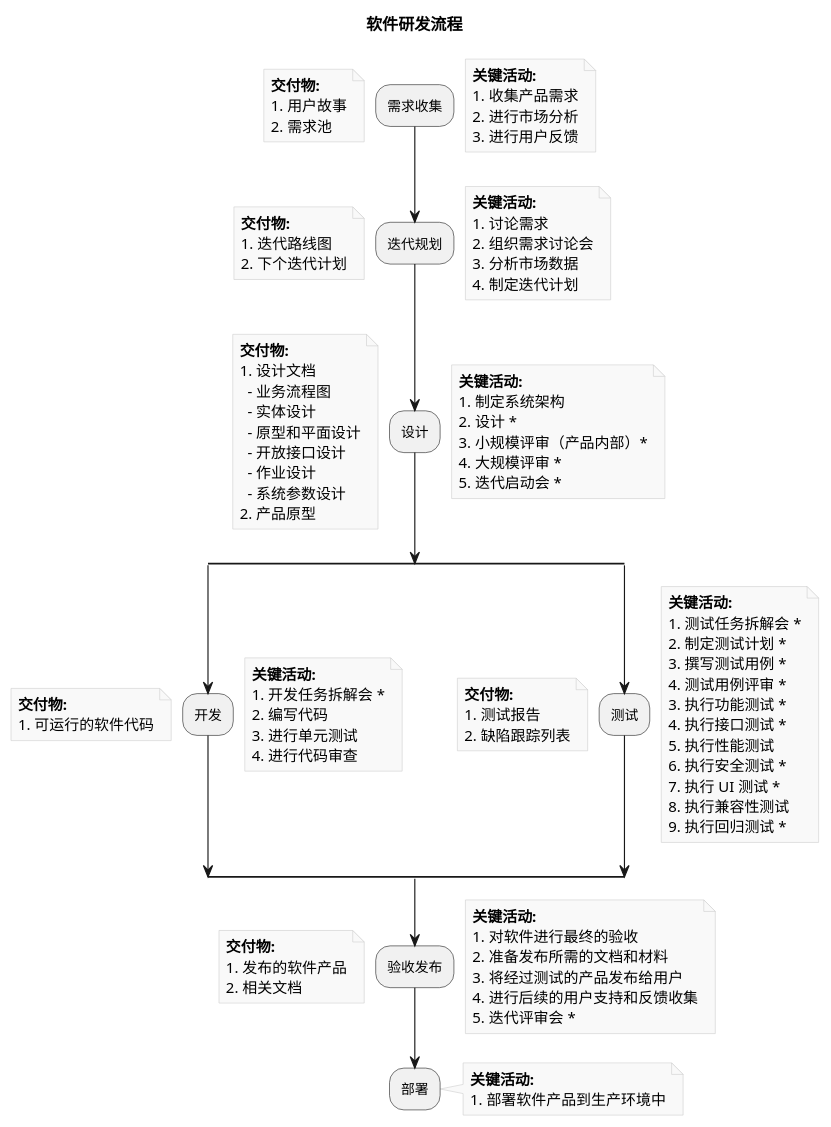
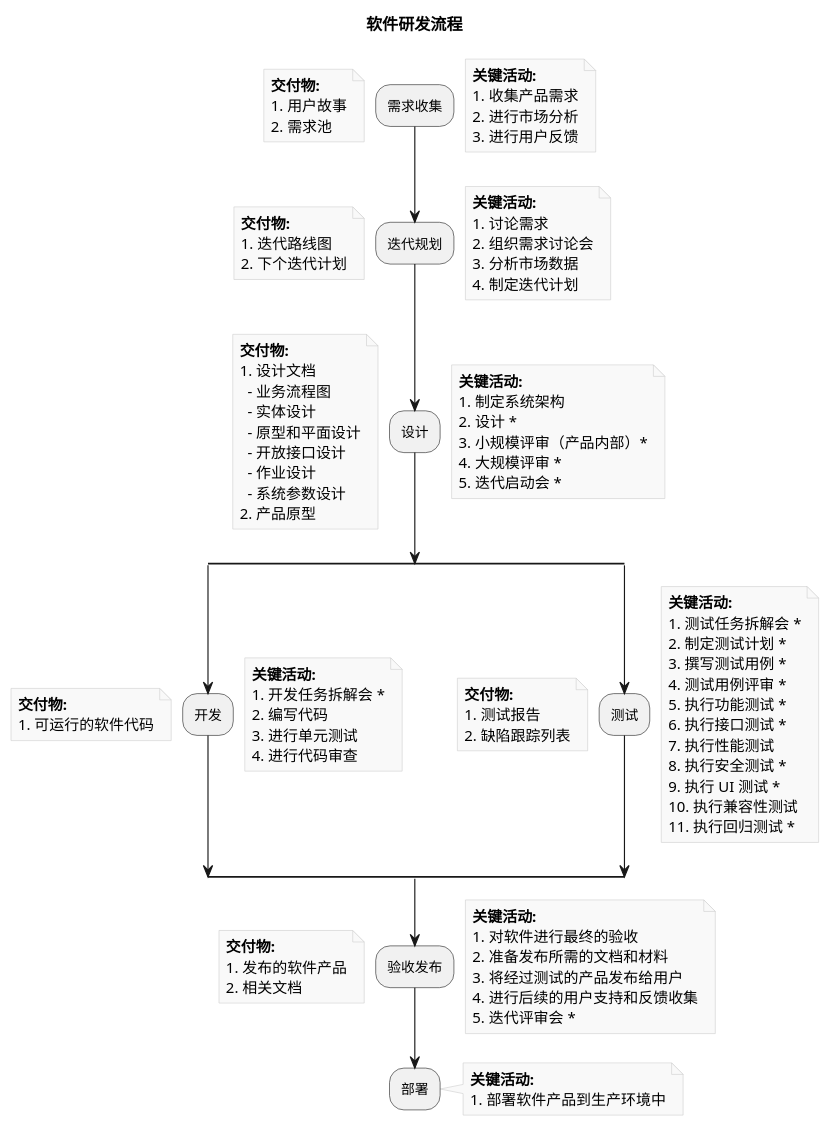
One commit to nesnilnehc/nesnilnehc.github.io changed the diagram in _posts/tech/2025-01-26-using-plantuml-mermaid-flowchart-and-graphviz.md. Above: the diagram before and after it, drawn with PlantUML. The commit also changed other lines of this file, not shown here.

First line of the commit message:
docs(tech): clarify diagram tool selection guide

```diff
--- a/_posts/tech/2025-01-26-using-plantuml-mermaid-flowchart-and-graphviz.md
+++ b/_posts/tech/2025-01-26-using-plantuml-mermaid-flowchart-and-graphviz.md
@@ -128,13 +265,13 @@
         2. 制定测试计划 *
         3. 撰写测试用例 *
         4. 测试用例评审 *
-        3. 执行功能测试 *
-        4. 执行接口测试 *
-        5. 执行性能测试
-        6. 执行安全测试 *
-        7. 执行 UI 测试 *
-        8. 执行兼容性测试
-        9. 执行回归测试 *
+        5. 执行功能测试 *
+        6. 执行接口测试 *
+        7. 执行性能测试
+        8. 执行安全测试 *
+        9. 执行 UI 测试 *
+        10. 执行兼容性测试
+        11. 执行回归测试 *
     end note
     note left
         **交付物:**
```
